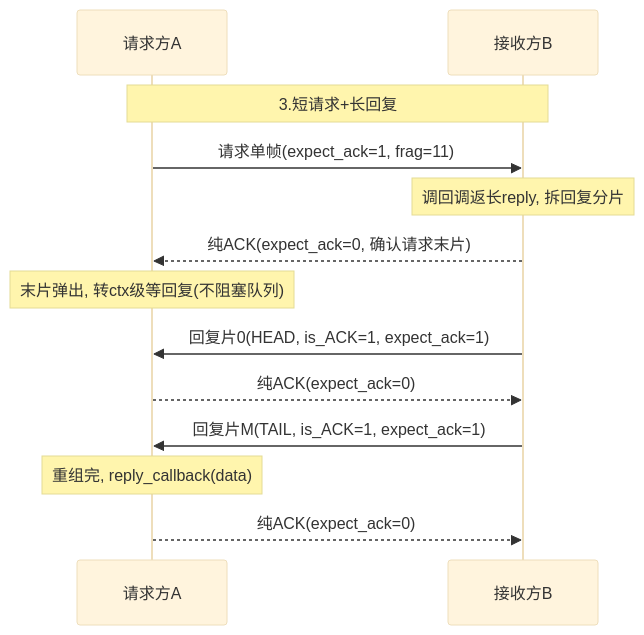
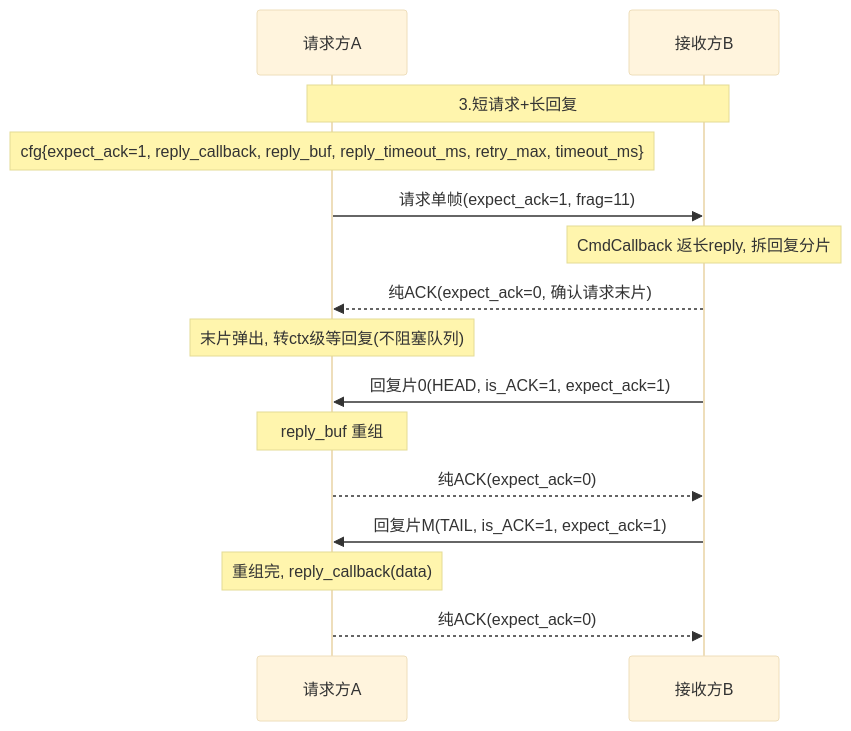
Before and after one commit to Siaiai/ObsidianNote: the third of 14 diagrams in 工作/项目/代码/260401S3分拣面板-SIA-R9000P.md, drawn with Mermaid (base theme). The commit also changed other lines of this file and 1 other file, not shown here.

````diff
--- a/工作/项目/代码/260401S3分拣面板-SIA-R9000P.md
+++ b/工作/项目/代码/260401S3分拣面板-SIA-R9000P.md
@@ -110,15 +125,17 @@
 ```mermaid
 sequenceDiagram
     participant A as 请求方A
     participant B as 接收方B
     Note over A,B: 3.短请求+长回复
+    Note over A: cfg{expect_ack=1, reply_callback, reply_buf, reply_timeout_ms, retry_max, timeout_ms}
     A->>B: 请求单帧(expect_ack=1, frag=11)
-    Note over B: 调回调返长reply, 拆回复分片
+    Note over B: CmdCallback 返长reply, 拆回复分片
     B-->>A: 纯ACK(expect_ack=0, 确认请求末片)
     Note over A: 末片弹出, 转ctx级等回复(不阻塞队列)
     B->>A: 回复片0(HEAD, is_ACK=1, expect_ack=1)
+    Note over A: reply_buf 重组
     A-->>B: 纯ACK(expect_ack=0)
     B->>A: 回复片M(TAIL, is_ACK=1, expect_ack=1)
     Note over A: 重组完, reply_callback(data)
     A-->>B: 纯ACK(expect_ack=0)
 ```
````
